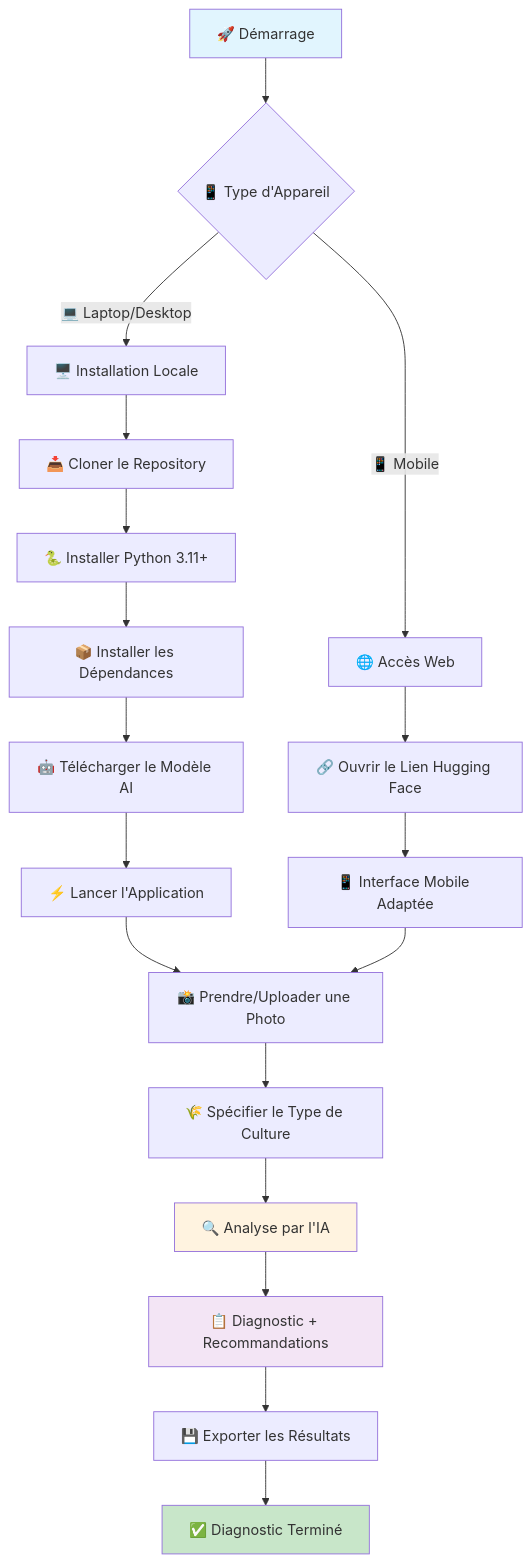
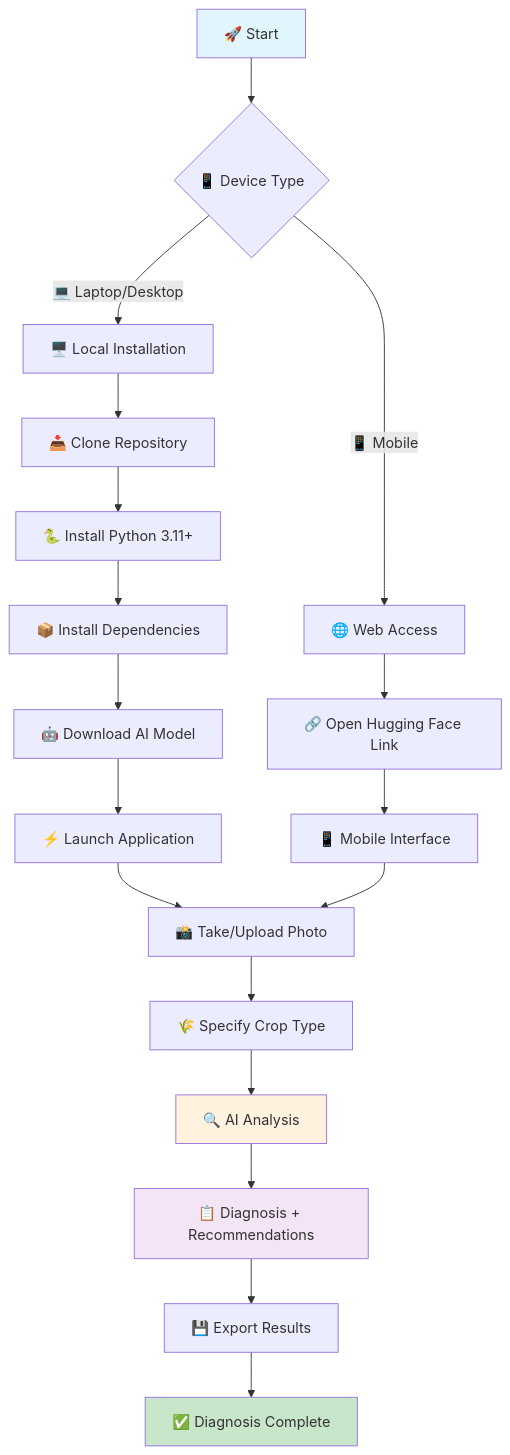
The diagram in README.md (Sidoine1991/Agrilens-AI), drawn with Mermaid before and after one commit.

Commit message:
docs: Translate workflow flowchart to English
- Update all flowchart labels from French to English
- Maintain visual consistency and emoji usage
- Improve international accessibility of the documentation

````diff
--- a/README.md
+++ b/README.md
@@ -120,28 +120,28 @@
 ```mermaid
 flowchart TD
-    A[🚀 Démarrage] --> B{📱 Type d'Appareil}
-    B -->|💻 Laptop/Desktop| C[🖥️ Installation Locale]
-    B -->|📱 Mobile| D[🌐 Accès Web]
+    A[🚀 Start] --> B{📱 Device Type}
+    B -->|💻 Laptop/Desktop| C[🖥️ Local Installation]
+    B -->|📱 Mobile| D[🌐 Web Access]
     
-    C --> E[📥 Cloner le Repository]
-    E --> F[🐍 Installer Python 3.11+]
-    F --> G[📦 Installer les Dépendances]
-    G --> H[🤖 Télécharger le Modèle AI]
-    H --> I[⚡ Lancer l'Application]
+    C --> E[📥 Clone Repository]
+    E --> F[🐍 Install Python 3.11+]
+    F --> G[📦 Install Dependencies]
+    G --> H[🤖 Download AI Model]
+    H --> I[⚡ Launch Application]
     
-    D --> J[🔗 Ouvrir le Lien Hugging Face]
-    J --> K[📱 Interface Mobile Adaptée]
+    D --> J[🔗 Open Hugging Face Link]
+    J --> K[📱 Mobile Interface]
     
-    I --> L[📸 Prendre/Uploader une Photo]
+    I --> L[📸 Take/Upload Photo]
     K --> L
-    L --> M[🌾 Spécifier le Type de Culture]
-    M --> N[🔍 Analyse par l'IA]
-    N --> O[📋 Diagnostic + Recommandations]
-    O --> P[💾 Exporter les Résultats]
-    P --> Q[✅ Diagnostic Terminé]
+    L --> M[🌾 Specify Crop Type]
+    M --> N[🔍 AI Analysis]
+    N --> O[📋 Diagnosis + Recommendations]
+    O --> P[💾 Export Results]
+    P --> Q[✅ Diagnosis Complete]
     
     style A fill:#e1f5fe
     style Q fill:#c8e6c9
     style N fill:#fff3e0
     style O fill:#f3e5f5
 ```
````
